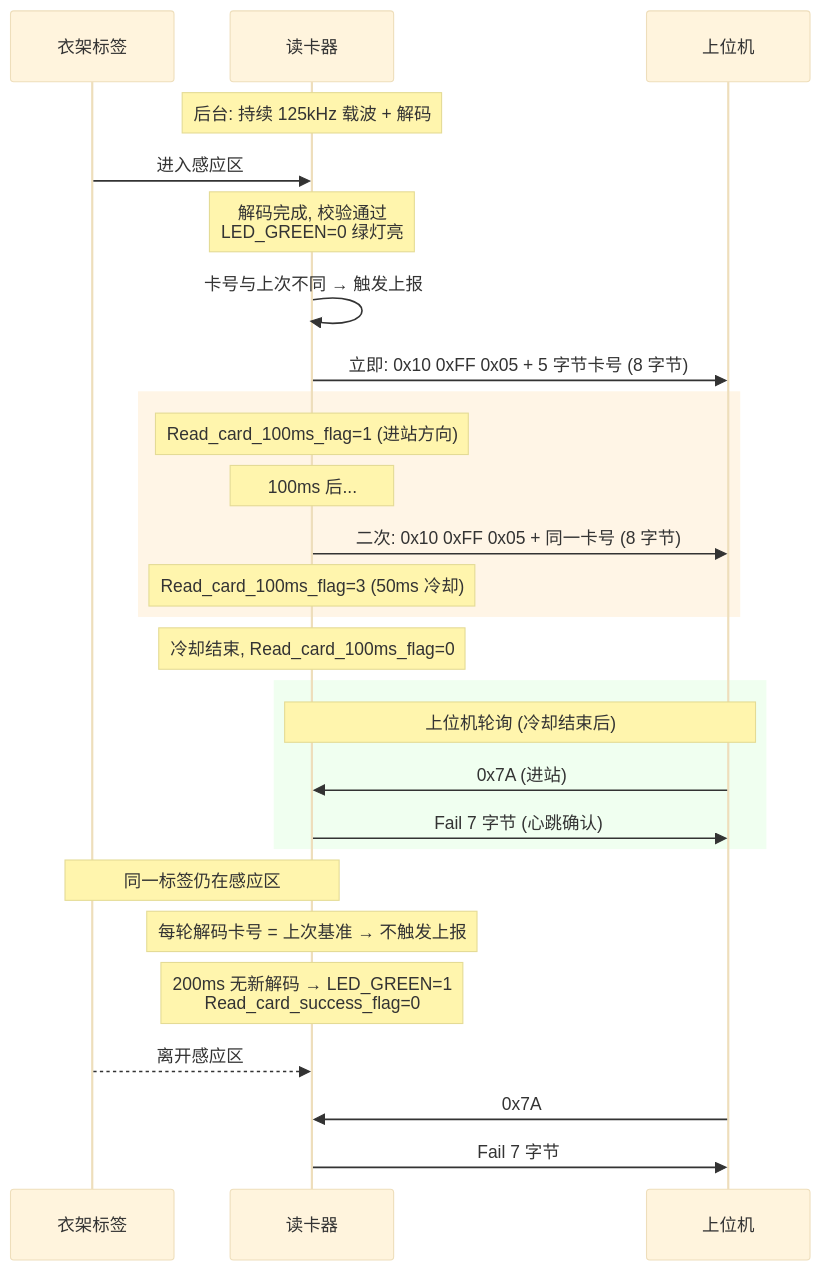
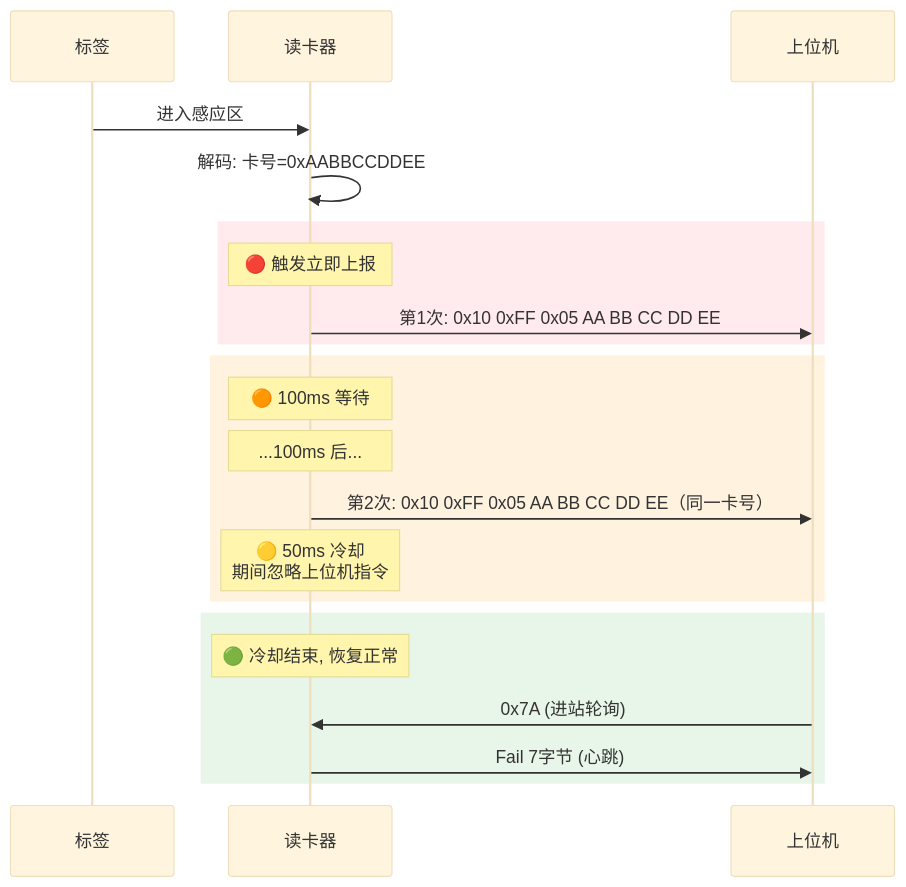
Before and after one commit to Siaiai/ObsidianNote: the fourth of 6 diagrams in 工作/SR3读卡器/260802SR2读卡器行为.md, drawn with Mermaid (base theme). The commit also changed other lines of this file and 3 other files, not shown here.

````diff
--- a/工作/SR3读卡器/260802SR2读卡器行为.md
+++ b/工作/SR3读卡器/260802SR2读卡器行为.md
@@ -366,39 +143,27 @@
 ```mermaid
 sequenceDiagram
-    participant Tag as 衣架标签
-    participant Reader as 读卡器
-    participant Host as 上位机
+    participant 标签
+    participant 读卡器
+    participant 上位机
 
-    Note over Reader: 后台: 持续 125kHz 载波 + 解码
+    标签->>读卡器: 进入感应区
+    读卡器->>读卡器: 解码: 卡号=0xAABBCCDDEE
 
-    Tag->>Reader: 进入感应区
-
-    Note over Reader: 解码完成, 校验通过<br/>LED_GREEN=0 绿灯亮
-
-    Reader->>Reader: 卡号与上次不同 → 触发上报
-    Reader->>Host: 立即: 0x10 0xFF 0x05 + 5 字节卡号 (8 字节)
-
-    rect rgb(255, 245, 230)
-        Note over Reader: Read_card_100ms_flag=1 (进站方向)
-        Note over Reader: 100ms 后...
-        Reader->>Host: 二次: 0x10 0xFF 0x05 + 同一卡号 (8 字节)
-        Note over Reader: Read_card_100ms_flag=3 (50ms 冷却)
+    rect rgb(255, 235, 238)
+        Note over 读卡器: 🔴 触发立即上报
+        读卡器->>上位机: 第1次: 0x10 0xFF 0x05 AA BB CC DD EE
     end
 
-    Note over Reader: 冷却结束, Read_card_100ms_flag=0
-
-    rect rgb(240, 255, 240)
-        Note over Host,Reader: 上位机轮询 (冷却结束后)
-        Host->>Reader: 0x7A (进站)
-        Reader->>Host: Fail 7 字节 (心跳确认)
+    rect rgb(255, 243, 224)
+        Note over 读卡器: 🟠 100ms 等待
+        Note over 读卡器: ...100ms 后...
+        读卡器->>上位机: 第2次: 0x10 0xFF 0x05 AA BB CC DD EE（同一卡号）
+        Note over 读卡器: 🟡 50ms 冷却<br/>期间忽略上位机指令
     end
 
-    Note over Tag,Reader: 同一标签仍在感应区
-    Note over Reader: 每轮解码卡号 = 上次基准 → 不触发上报
-
-    Note over Reader: 200ms 无新解码 → LED_GREEN=1<br/>Read_card_success_flag=0
-
-    Tag-->>Reader: 离开感应区
-    Host->>Reader: 0x7A
-    Reader->>Host: Fail 7 字节
+    rect rgb(232, 245, 233)
+        Note over 读卡器: 🟢 冷却结束, 恢复正常
+        上位机->>读卡器: 0x7A (进站轮询)
+        读卡器->>上位机: Fail 7字节 (心跳)
+    end
 ```
````
